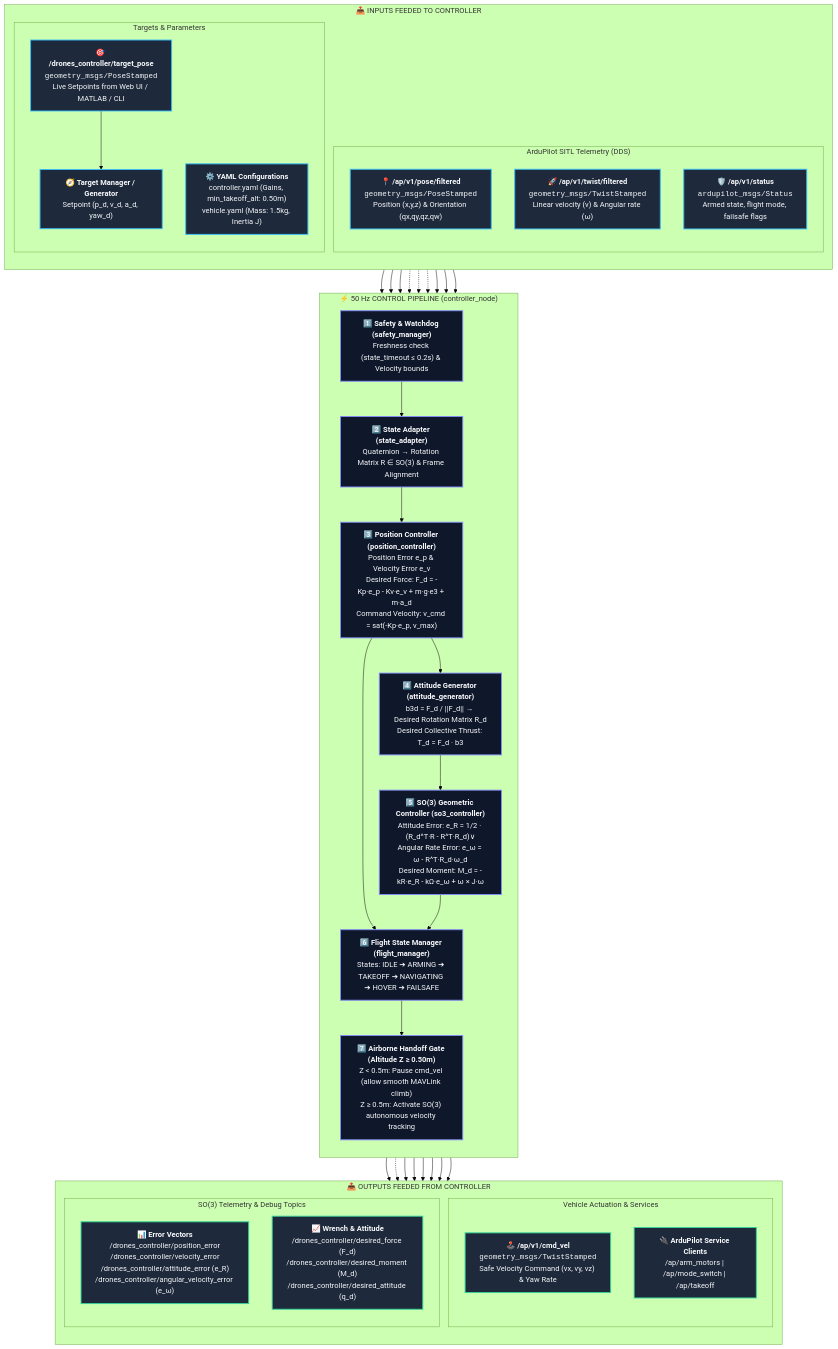
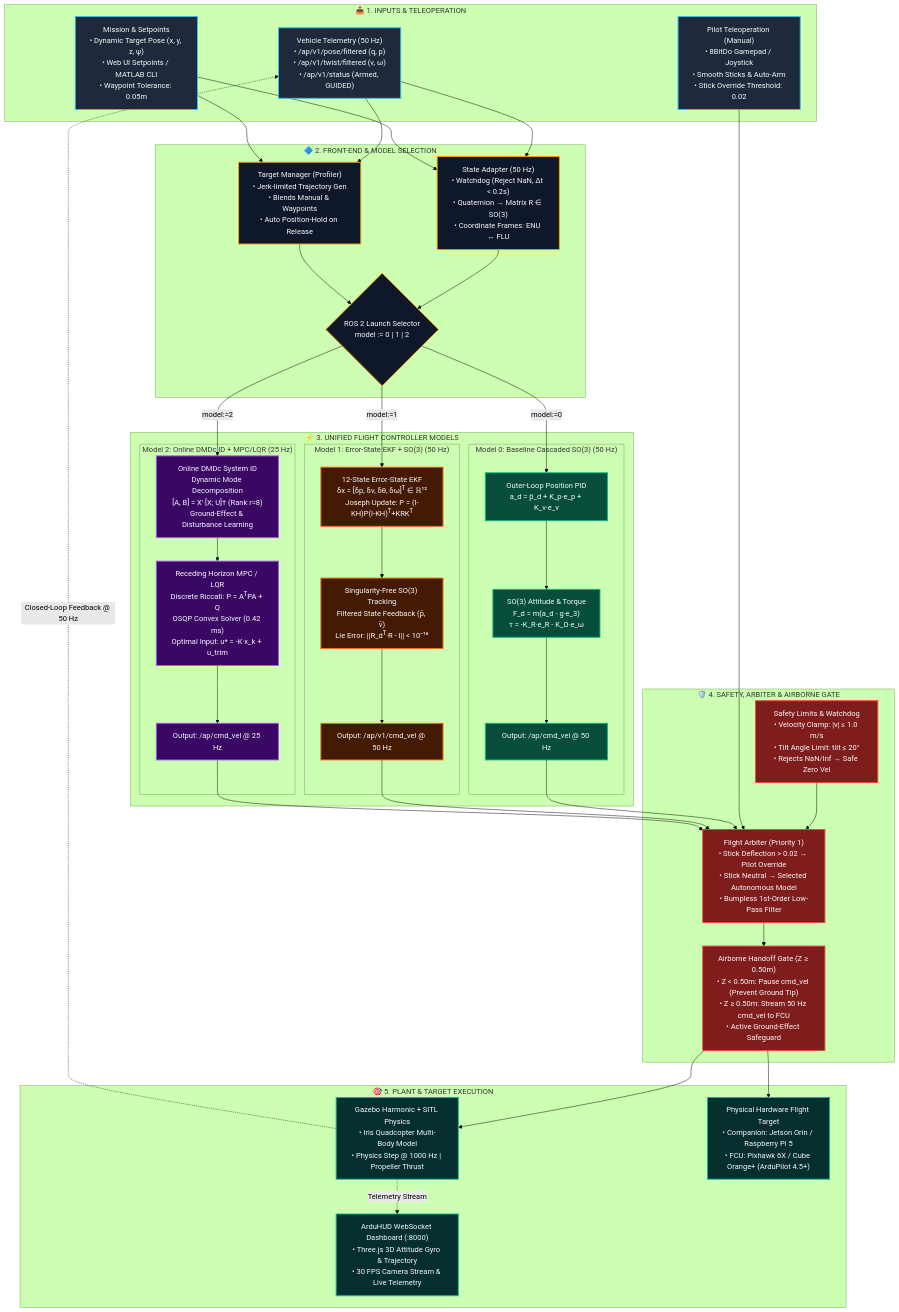
The diagram in README.md (Ravish2807/Drones_S5_CD2_3D_Mapping_using_normal_monocular_camera_controlling_Visual-Inertial-Odometry-VIO), drawn with Mermaid (forest theme) before and after one commit. The commit also changed other lines of this file, not shown here.

Commit message:
Update README with tri-model flight controller architecture and specifications

````diff
--- a/README.md
+++ b/README.md
@@ -11,60 +33,71 @@
 ```mermaid
 flowchart TD
     %% Styling
     classDef inputStyle fill:#1e293b,stroke:#38bdf8,stroke-width:2px,color:#f8fafc;
-    classDef pipelineStyle fill:#0f172a,stroke:#818cf8,stroke-width:2px,color:#f8fafc;
-    classDef outputStyle fill:#1e293b,stroke:#34d399,stroke-width:2px,color:#f8fafc;
-    classDef subStyle fill:#1e293b,stroke:#64748b,stroke-width:1px,color:#cbd5e1;
+    classDef selectStyle fill:#0f172a,stroke:#f59e0b,stroke-width:2px,color:#f8fafc;
+    classDef m0Style fill:#064e3b,stroke:#10b981,stroke-width:2px,color:#f8fafc;
+    classDef m1Style fill:#451a03,stroke:#f97316,stroke-width:2px,color:#f8fafc;
+    classDef m2Style fill:#3b0764,stroke:#a855f7,stroke-width:2px,color:#f8fafc;
+    classDef safetyStyle fill:#7f1d1d,stroke:#ef4444,stroke-width:2px,color:#f8fafc;
+    classDef plantStyle fill:#042f2e,stroke:#14b8a6,stroke-width:2px,color:#f8fafc;
 
-    subgraph Inputs ["📥 INPUTS FEEDED TO CONTROLLER"]
-        direction TB
-        subgraph ArduPilotState ["ArduPilot SITL Telemetry (DDS)"]
-            AP_Pose["📍 <b>/ap/v1/pose/filtered</b><br/><code>geometry_msgs/PoseStamped</code><br/>Position (x,y,z) & Orientation (qx,qy,qz,qw)"]:::inputStyle
-            AP_Twist["🚀 <b>/ap/v1/twist/filtered</b><br/><code>geometry_msgs/TwistStamped</code><br/>Linear velocity (v) & Angular rate (ω)"]:::inputStyle
-            AP_Status["🛡️ <b>/ap/v1/status</b><br/><code>ardupilot_msgs/Status</code><br/>Armed state, flight mode, failsafe flags"]:::inputStyle
+    subgraph Inputs ["📥 1. INPUTS & TELEOPERATION"]
+        AP_State["Vehicle Telemetry (50 Hz)<br/>• /ap/v1/pose/filtered (q, p)<br/>• /ap/v1/twist/filtered (v, ω)<br/>• /ap/v1/status (Armed, GUIDED)"]:::inputStyle
+        Pilot_Joy["Pilot Teleoperation (Manual)<br/>• 8BitDo Gamepad / Joystick<br/>• Smooth Sticks & Auto-Arm<br/>• Stick Override Threshold: 0.02"]:::inputStyle
+        Mission_Set["Mission & Setpoints<br/>• Dynamic Target Pose (x, y, z, ψ)<br/>• Web UI Setpoints / MATLAB CLI<br/>• Waypoint Tolerance: 0.05m"]:::inputStyle
+    end
+
+    subgraph FrontEnd ["🔷 2. FRONT-END & MODEL SELECTION"]
+        StateAdapter["State Adapter (50 Hz)<br/>• Watchdog (Reject NaN, Δt < 0.2s)<br/>• Quaternion → Matrix R ∈ SO(3)<br/>• Coordinate Frames: ENU ↔ FLU"]:::selectStyle
+        Selector{"ROS 2 Launch Selector<br/>model := 0 | 1 | 2"}:::selectStyle
+        TargetMgr["Target Manager (Profiler)<br/>• Jerk-limited Trajectory Gen<br/>• Blends Manual & Waypoints<br/>• Auto Position-Hold on Release"]:::selectStyle
+    end
+
+    subgraph Models ["⚡ 3. UNIFIED FLIGHT CONTROLLER MODELS"]
+        subgraph M0 ["Model 0: Baseline Cascaded SO(3) (50 Hz)"]
+            M0_Pos["Outer-Loop Position PID<br/>a_d = p̈_d + K_p·e_p + K_v·e_v"]:::m0Style
+            M0_Att["SO(3) Attitude & Torque<br/>F_d = m(a_d - g·e_3)<br/>τ = -K_R·e_R - K_Ω·e_ω"]:::m0Style
+            M0_Out["Output: /ap/cmd_vel @ 50 Hz"]:::m0Style
+            M0_Pos --> M0_Att --> M0_Out
         end
-        subgraph SetpointConfig ["Targets & Parameters"]
-            RemoteTarget["🎯 <b>/drones_controller/target_pose</b><br/><code>geometry_msgs/PoseStamped</code><br/>Live Setpoints from Web UI / MATLAB / CLI"]:::inputStyle
-            Target["🧭 <b>Target Manager / Generator</b><br/>Setpoint (p_d, v_d, a_d, yaw_d)"]:::inputStyle
-            Config["⚙️ <b>YAML Configurations</b><br/>controller.yaml (Gains, min_takeoff_alt: 0.50m)<br/>vehicle.yaml (Mass: 1.5kg, Inertia J)"]:::inputStyle
+
+        subgraph M1 ["Model 1: Error-State EKF + SO(3) (50 Hz)"]
+            M1_EKF["12-State Error-State EKF<br/>δx = [δp, δv, δθ, δω]ᵀ ∈ ℝ¹²<br/>Joseph Update: P = (I-KH)P(I-KH)ᵀ+KRKᵀ"]:::m1Style
+            M1_SO3["Singularity-Free SO(3) Tracking<br/>Filtered State Feedback (p̂, v̂)<br/>Lie Error: ||R_dᵀ·R - I|| < 10⁻¹⁶"]:::m1Style
+            M1_Out["Output: /ap/v1/cmd_vel @ 50 Hz"]:::m1Style
+            M1_EKF --> M1_SO3 --> M1_Out
+        end
+
+        subgraph M2 ["Model 2: Online DMDc ID + MPC/LQR (25 Hz)"]
+            M2_DMDc["Online DMDc System ID<br/>Dynamic Mode Decomposition<br/>[A, B] = X'·[X; U]† (Rank r=8)<br/>Ground-Effect & Disturbance Learning"]:::m2Style
+            M2_MPC["Receding Horizon MPC / LQR<br/>Discrete Riccati: P = AᵀPA + Q<br/>OSQP Convex Solver (0.42 ms)<br/>Optimal Input: u* = -K·x_k + u_trim"]:::m2Style
+            M2_Out["Output: /ap/cmd_vel @ 25 Hz"]:::m2Style
+            M2_DMDc --> M2_MPC --> M2_Out
         end
     end
 
-    subgraph Pipeline ["⚡ 50 Hz CONTROL PIPELINE (controller_node)"]
-        direction TB
-        Watchdog["1️⃣ <b>Safety & Watchdog (safety_manager)</b><br/>Freshness check (state_timeout ≤ 0.2s) & Velocity bounds"]:::pipelineStyle
-        StatePrep["2️⃣ <b>State Adapter (state_adapter)</b><br/>Quaternion → Rotation Matrix R ∈ SO(3) & Frame Alignment"]:::pipelineStyle
-        PosCtrl["3️⃣ <b>Position Controller (position_controller)</b><br/>Position Error e_p & Velocity Error e_v<br/>Desired Force: F_d = -Kp·e_p - Kv·e_v + m·g·e3 + m·a_d<br/>Command Velocity: v_cmd = sat(-Kp·e_p, v_max)"]:::pipelineStyle
-        AttGen["4️⃣ <b>Attitude Generator (attitude_generator)</b><br/>b3d = F_d / ||F_d|| → Desired Rotation Matrix R_d<br/>Desired Collective Thrust: T_d = F_d · b3"]:::pipelineStyle
-        SO3["5️⃣ <b>SO(3) Geometric Controller (so3_controller)</b><br/>Attitude Error: e_R = 1/2 · (R_d^T·R - R^T·R_d)∨<br/>Angular Rate Error: e_ω = ω - R^T·R_d·ω_d<br/>Desired Moment: M_d = -kR·e_R - kΩ·e_ω + ω × J·ω"]:::pipelineStyle
-        FSM["6️⃣ <b>Flight State Manager (flight_manager)</b><br/>States: IDLE ➔ ARMING ➔ TAKEOFF ➔ NAVIGATING ➔ HOVER ➔ FAILSAFE"]:::pipelineStyle
-        Handoff["7️⃣ <b>Airborne Handoff Gate (Altitude Z ≥ 0.50m)</b><br/>Z < 0.5m: Pause cmd_vel (allow smooth MAVLink climb)<br/>Z ≥ 0.5m: Activate SO(3) autonomous velocity tracking"]:::pipelineStyle
+    subgraph Safety ["🛡️ 4. SAFETY, ARBITER & AIRBORNE GATE"]
+        Watchdog["Safety Limits & Watchdog<br/>• Velocity Clamp: |v| ≤ 1.0 m/s<br/>• Tilt Angle Limit: tilt ≤ 20°<br/>• Rejects NaN/Inf → Safe Zero Vel"]:::safetyStyle
+        Arbiter["Flight Arbiter (Priority 1)<br/>• Stick Deflection > 0.02 → Pilot Override<br/>• Stick Neutral → Selected Autonomous Model<br/>• Bumpless 1st-Order Low-Pass Filter"]:::safetyStyle
+        AirborneGate["Airborne Handoff Gate (Z ≥ 0.50m)<br/>• Z < 0.50m: Pause cmd_vel (Prevent Ground Tip)<br/>• Z ≥ 0.50m: Stream 50 Hz cmd_vel to FCU<br/>• Active Ground-Effect Safeguard"]:::safetyStyle
+        Watchdog --> Arbiter --> AirborneGate
     end
 
-    subgraph Outputs ["📤 OUTPUTS FEEDED FROM CONTROLLER"]
-        direction TB
-        subgraph AP_Commands ["Vehicle Actuation & Services"]
-            CmdVel["🕹️ <b>/ap/v1/cmd_vel</b><br/><code>geometry_msgs/TwistStamped</code><br/>Safe Velocity Command (vx, vy, vz) & Yaw Rate"]:::outputStyle
-            AP_Services["🔌 <b>ArduPilot Service Clients</b><br/>/ap/arm_motors | /ap/mode_switch | /ap/takeoff"]:::outputStyle
-        end
-        subgraph TelemetryPubs ["SO(3) Telemetry & Debug Topics"]
-            ErrorsPub["📊 <b>Error Vectors</b><br/>/drones_controller/position_error<br/>/drones_controller/velocity_error<br/>/drones_controller/attitude_error (e_R)<br/>/drones_controller/angular_velocity_error (e_ω)"]:::outputStyle
-            ForceMomPub["📈 <b>Wrench & Attitude</b><br/>/drones_controller/desired_force (F_d)<br/>/drones_controller/desired_moment (M_d)<br/>/drones_controller/desired_attitude (q_d)"]:::outputStyle
-        end
+    subgraph Execution ["🎯 5. PLANT & TARGET EXECUTION"]
+        WebHUD["ArduHUD WebSocket Dashboard (:8000)<br/>• Three.js 3D Attitude Gyro & Trajectory<br/>• 30 FPS Camera Stream & Live Telemetry"]:::plantStyle
+        SITL["Gazebo Harmonic + SITL Physics<br/>• Iris Quadcopter Multi-Body Model<br/>• Physics Step @ 1000 Hz | Propeller Thrust"]:::plantStyle
+        Hardware["Physical Hardware Flight Target<br/>• Companion: Jetson Orin / Raspberry Pi 5<br/>• FCU: Pixhawk 6X / Cube Orange+ (ArduPilot 4.5+)"]:::plantStyle
     end
 
-    %% Data Connections
-    AP_Pose & AP_Twist & AP_Status --> Watchdog
-    Watchdog --> StatePrep
-    RemoteTarget --> Target
-    Config -.-> PosCtrl & SO3 & Handoff
-    Target --> PosCtrl & AttGen & SO3
-    StatePrep --> PosCtrl
-    PosCtrl --> AttGen
-    AttGen --> SO3
-    PosCtrl & SO3 --> FSM
-    FSM --> Handoff
-    Handoff --> CmdVel
-    FSM -.-> AP_Services
-    PosCtrl & AttGen & SO3 --> ErrorsPub & ForceMomPub
+    %% Routing
+    AP_State & Mission_Set --> StateAdapter & TargetMgr
+    Pilot_Joy --> Arbiter
+    StateAdapter & TargetMgr --> Selector
+    Selector -- "model:=0" --> M0_Pos
+    Selector -- "model:=1" --> M1_EKF
+    Selector -- "model:=2" --> M2_DMDc
+    M0_Out & M1_Out & M2_Out --> Arbiter
+    AirborneGate --> SITL & Hardware
+    SITL -. "Closed-Loop Feedback @ 50 Hz" .-> AP_State
+    SITL -. "Telemetry Stream" .-> WebHUD
 ```
````
